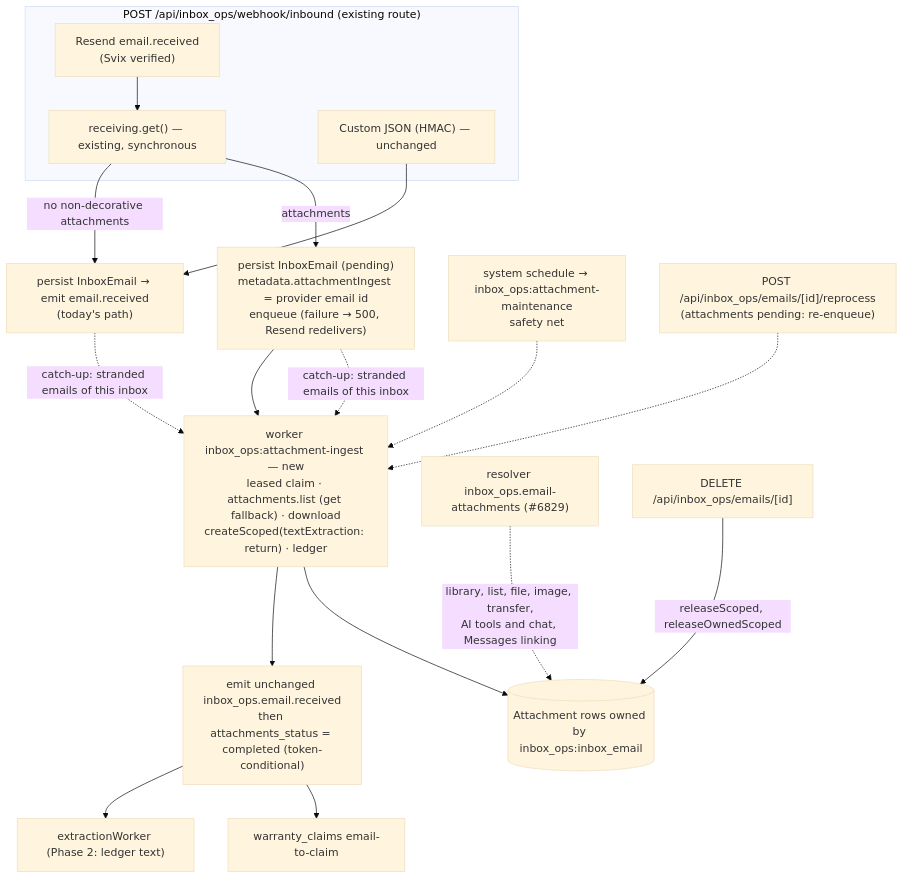
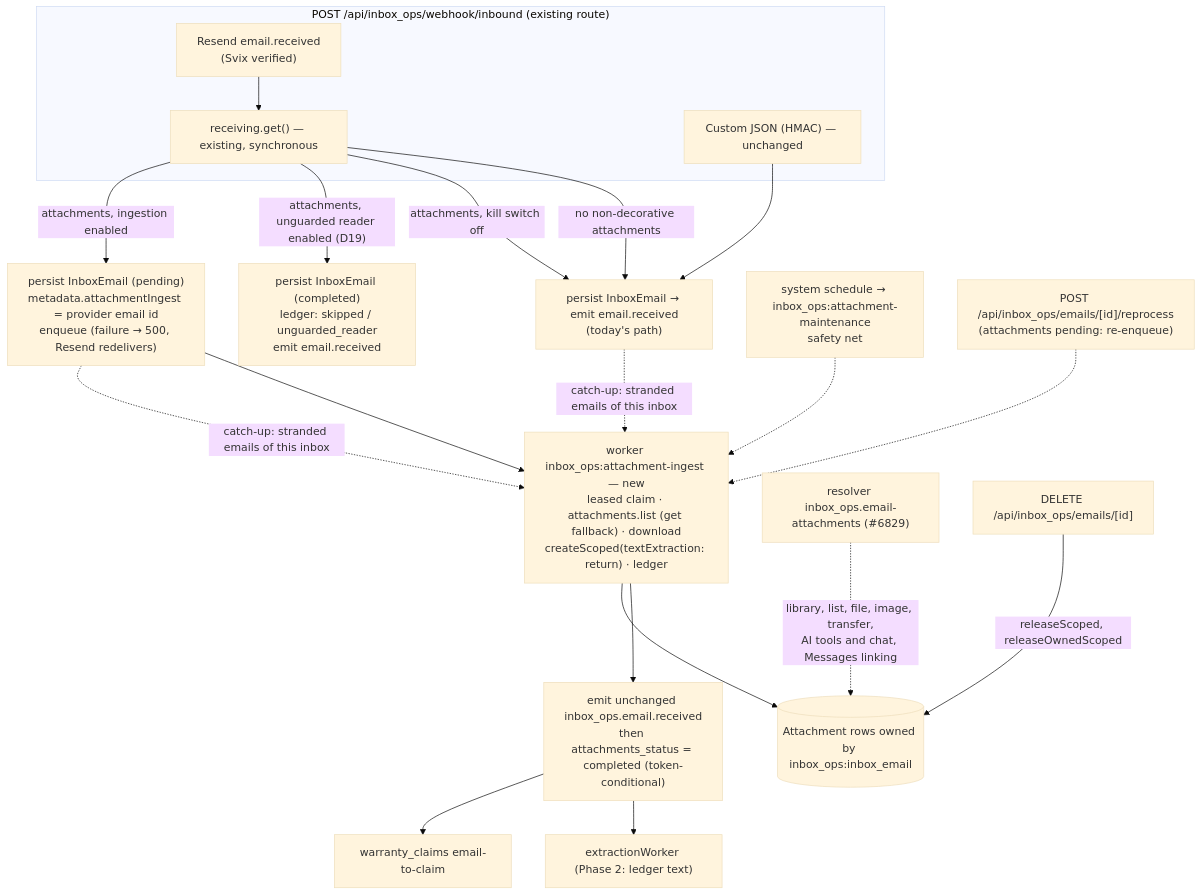
Before and after one commit to open-mercato/open-mercato: the diagram in .ai/specs/2026-10-25-inbox-ops-inbound-attachments.md, drawn with Mermaid (base theme). The commit also changed other lines of this file and 1 other file, not shown here.

First line of the commit message:
docs(specs): split attachment direct-reader hardening and gate inbox ingestion on it

````diff
--- a/.ai/specs/2026-10-25-inbox-ops-inbound-attachments.md
+++ b/.ai/specs/2026-10-25-inbox-ops-inbound-attachments.md
@@ -109,20 +113,22 @@
 ```mermaid
 flowchart TD
   subgraph Webhook["POST /api/inbox_ops/webhook/inbound (existing route)"]
     R["Resend email.received<br/>(Svix verified)"] --> RG["receiving.get() — existing, synchronous"]
     C["Custom JSON (HMAC) — unchanged"]
   end
   RG -->|"no non-decorative attachments"| P0["persist InboxEmail → emit email.received<br/>(today's path)"]
   C --> P0
-  RG -->|"attachments"| P1["persist InboxEmail (pending)<br/>metadata.attachmentIngest = provider email id<br/>enqueue (failure → 500, Resend redelivers)"]
+  RG -->|"attachments, kill switch off"| P0
+  RG -->|"attachments, unguarded reader enabled (D19)"| PG["persist InboxEmail (completed)<br/>ledger: skipped / unguarded_reader<br/>emit email.received"]
+  RG -->|"attachments, ingestion enabled"| P1["persist InboxEmail (pending)<br/>metadata.attachmentIngest = provider email id<br/>enqueue (failure → 500, Resend redelivers)"]
   P1 --> W["worker inbox_ops:attachment-ingest — new<br/>leased claim · attachments.list (get fallback) · download<br/>createScoped(textExtraction: return) · ledger"]
   W --> E["emit unchanged inbox_ops.email.received<br/>then attachments_status = completed (token-conditional)"]
   E --> X["extractionWorker (Phase 2: ledger text)"]
   E --> WC["warranty_claims email-to-claim"]
   S["system schedule → inbox_ops:attachment-maintenance<br/>safety net"] -.-> W
   P0 & P1 -.->|"catch-up: stranded emails of this inbox"| W
   RP["POST /api/inbox_ops/emails/[id]/reprocess<br/>(attachments pending: re-enqueue)"] -.-> W
   A["resolver inbox_ops.email-attachments (#6829)"] -.->|"library, list, file, image, transfer,<br/>AI tools and chat, Messages linking"| F[("Attachment rows owned by inbox_ops:inbox_email")]
   W --> F
   D["DELETE /api/inbox_ops/emails/[id]"] -->|"releaseScoped, releaseOwnedScoped"| F
 ```
````
